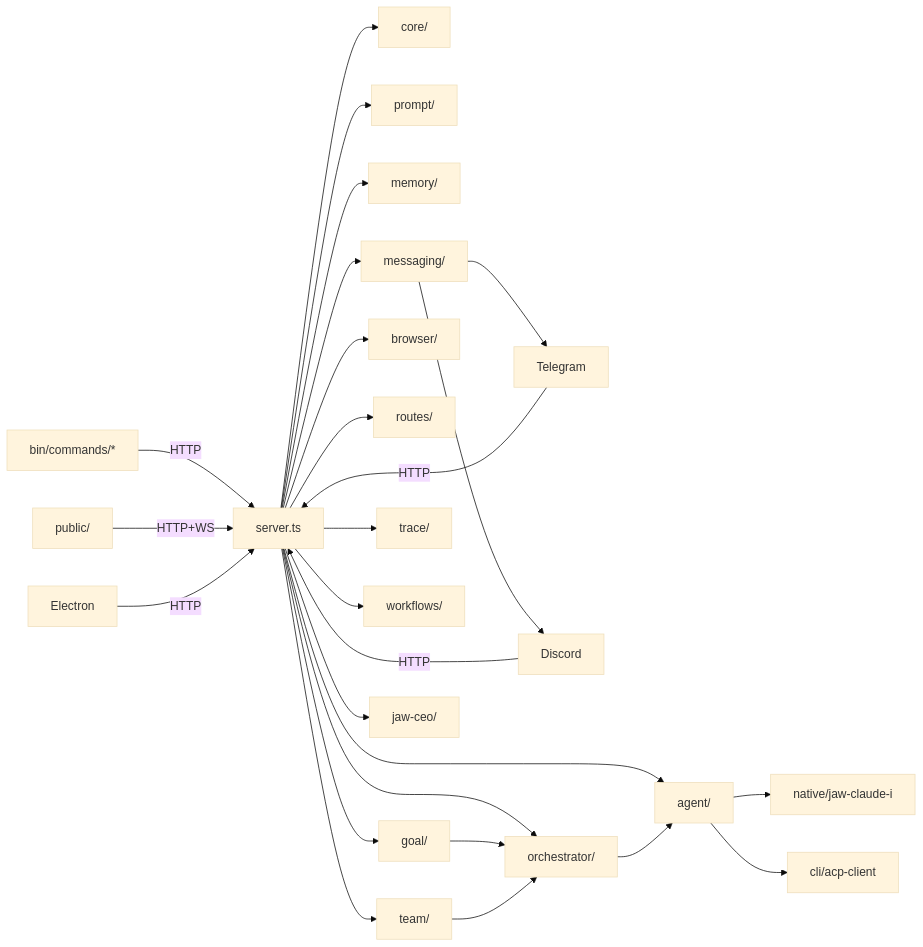
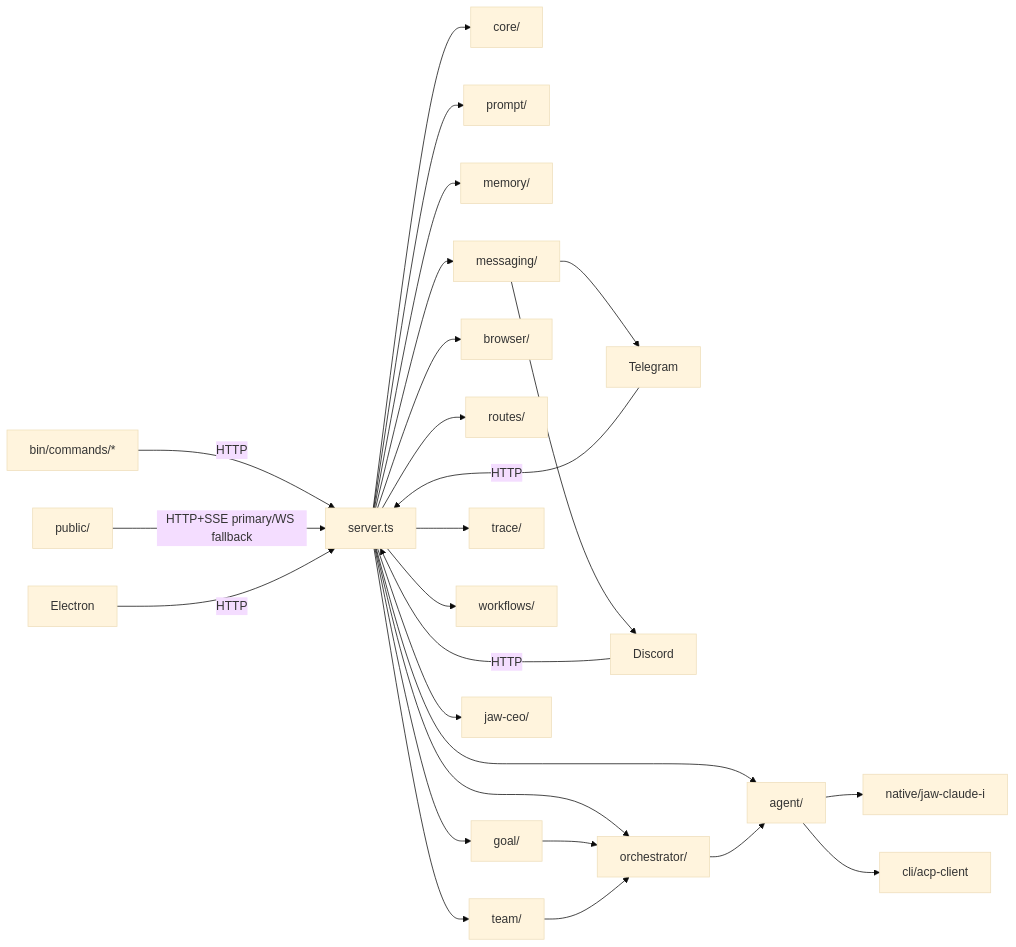
The diagram in structure/str_func.md (HSKIMRobert/cli-jaw), drawn with Mermaid (base theme) before and after one commit. The commit also changed other lines of this file and 24 other files, not shown here.

Commit message:
docs: refresh architecture docs from recent history

````diff
--- a/structure/str_func.md
+++ b/structure/str_func.md
@@ -414,14 +414,14 @@
 ```mermaid
 graph LR
     CLI["bin/commands/*"] -->|HTTP| SRV["server.ts"]
-    WEB["public/"] -->|HTTP+WS| SRV
+    WEB["public/"] -->|HTTP+SSE primary/WS fallback| SRV
     TG["Telegram"] & DC["Discord"] & ELEC["Electron"] -->|HTTP| SRV
     SRV --> CORE["core/"] & AGT["agent/"] & ORC["orchestrator/"] & PRM["prompt/"]
     SRV --> MEM["memory/"] & MSG["messaging/"] & BR["browser/"] & RT["routes/"]
     SRV --> GOAL["goal/"] & TRACE["trace/"] & WF["workflows/"] & TEAM["team/"] & CEO["jaw-ceo/"]
     AGT --> NATIVE["native/jaw-claude-i"] & ACP["cli/acp-client"]
     ORC --> AGT
     GOAL --> ORC
     TEAM --> ORC
     MSG --> TG & DC
 ```
````
